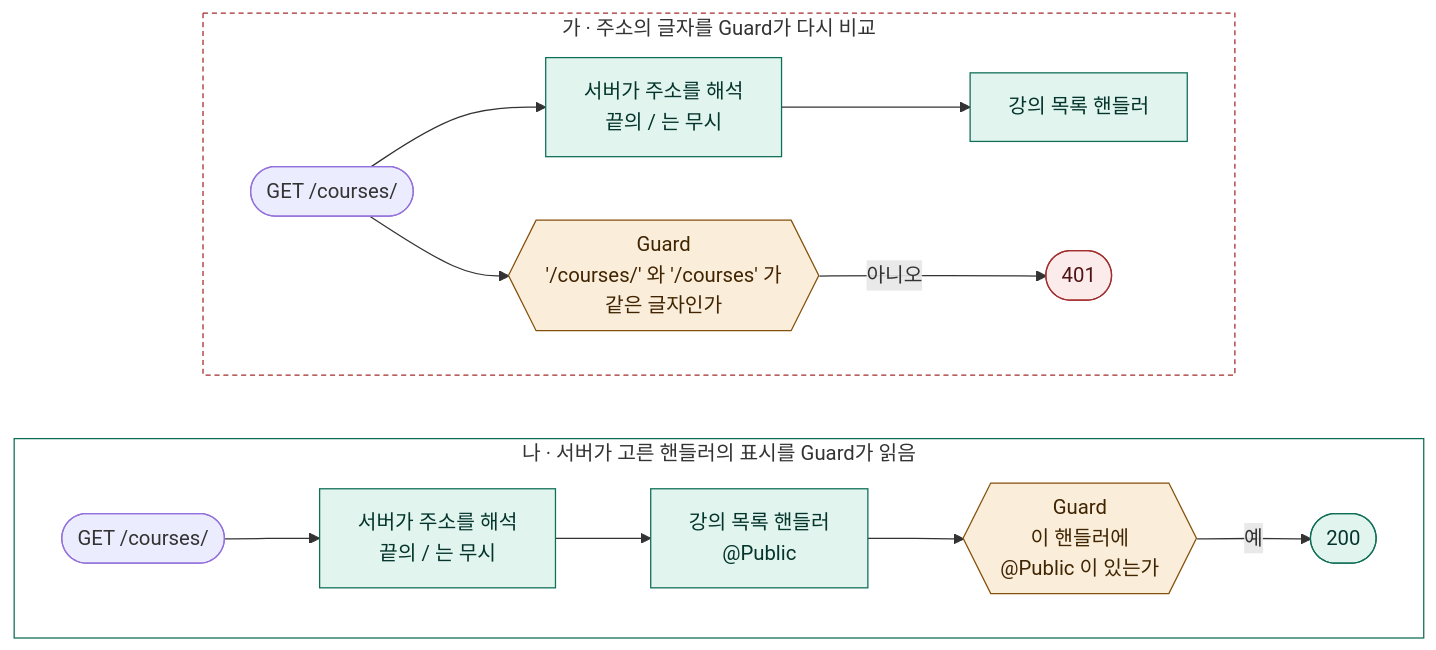
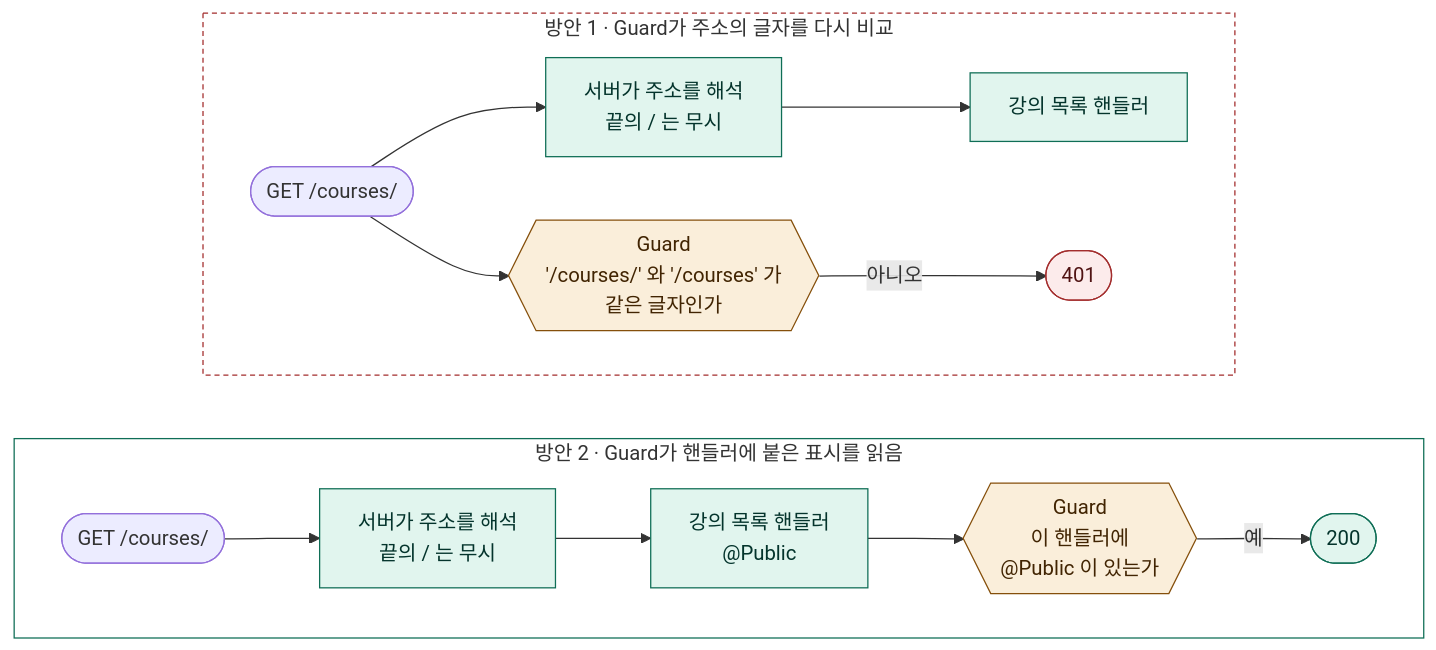
One commit to loquemedalagana/secure-enroll-demo changed the third of 3 diagrams in docs/diagnosis/defect-2.md. Above: the diagram before and after it, drawn with Mermaid. The commit also changed other lines of this file and 1 other file, not shown here.

````diff
--- a/docs/diagnosis/defect-2.md
+++ b/docs/diagnosis/defect-2.md
@@ -322,36 +322,36 @@
 ```mermaid
 flowchart TB
-  subgraph A["가 · 주소의 글자를 Guard가 다시 비교"]
+  subgraph A["방안 1 · Guard가 주소의 글자를 다시 비교"]
     direction LR
     a0(["GET /courses/"])
     a1["서버가 주소를 해석<br/>끝의 / 는 무시"]
     a2["강의 목록 핸들러"]
     a3{{"Guard<br/>'/courses/' 와 '/courses' 가<br/>같은 글자인가"}}
     a4(["401"])
     a0 --> a1 --> a2
     a0 --> a3
     a3 -- "아니오" --> a4
   end
 
-  subgraph B["나 · 서버가 고른 핸들러의 표시를 Guard가 읽음"]
+  subgraph B["방안 2 · Guard가 핸들러에 붙은 표시를 읽음"]
     direction LR
     b0(["GET /courses/"])
     b1["서버가 주소를 해석<br/>끝의 / 는 무시"]
     b2["강의 목록 핸들러<br/>@Public"]
     b3{{"Guard<br/>이 핸들러에<br/>@Public 이 있는가"}}
     b4(["200"])
     b0 --> b1 --> b2 --> b3
     b3 -- "예" --> b4
   end
 
   A ~~~ B
 
   classDef safe fill:#E1F5EE,stroke:#0F6E56,color:#04342C
   classDef danger fill:#FCEBEB,stroke:#A32D2D,color:#501313
   classDef check fill:#FAEEDA,stroke:#854F0B,color:#412402
   class a1,a2,b1,b2,b4 safe
   class a4 danger
   class a3,b3 check
   style A fill:none,stroke:#A32D2D,stroke-dasharray:4 3
   style B fill:none,stroke:#0F6E56
 ```
````
